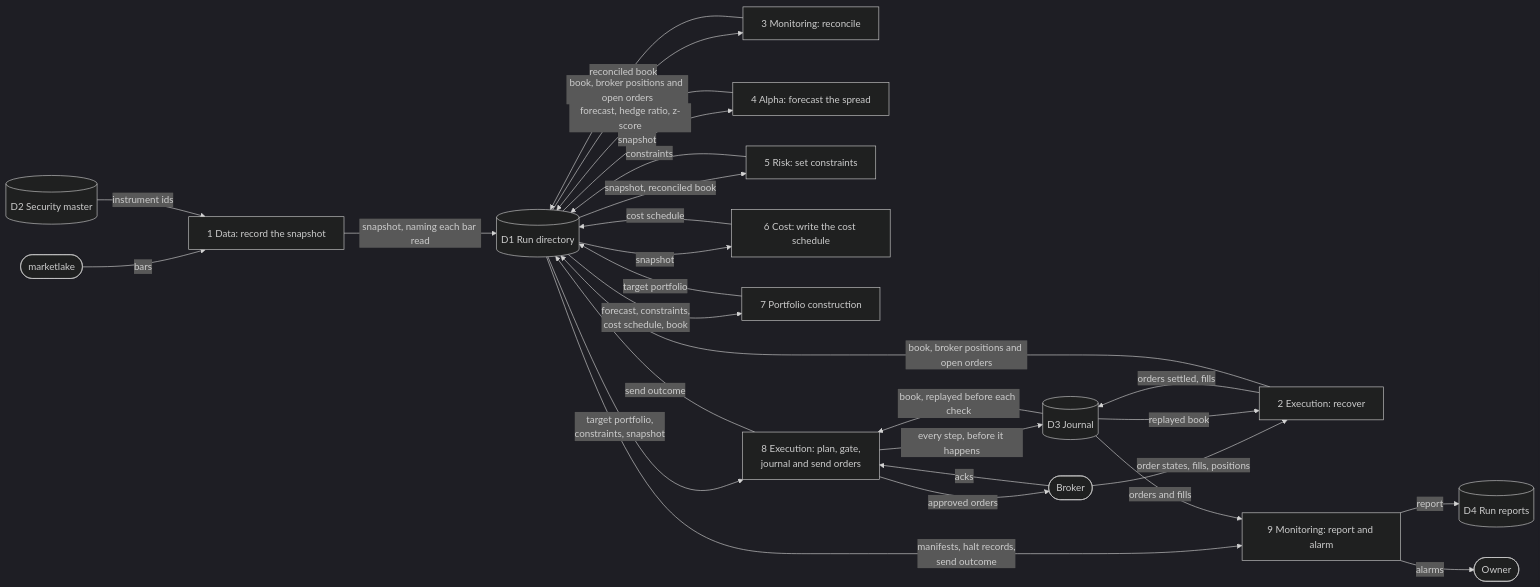
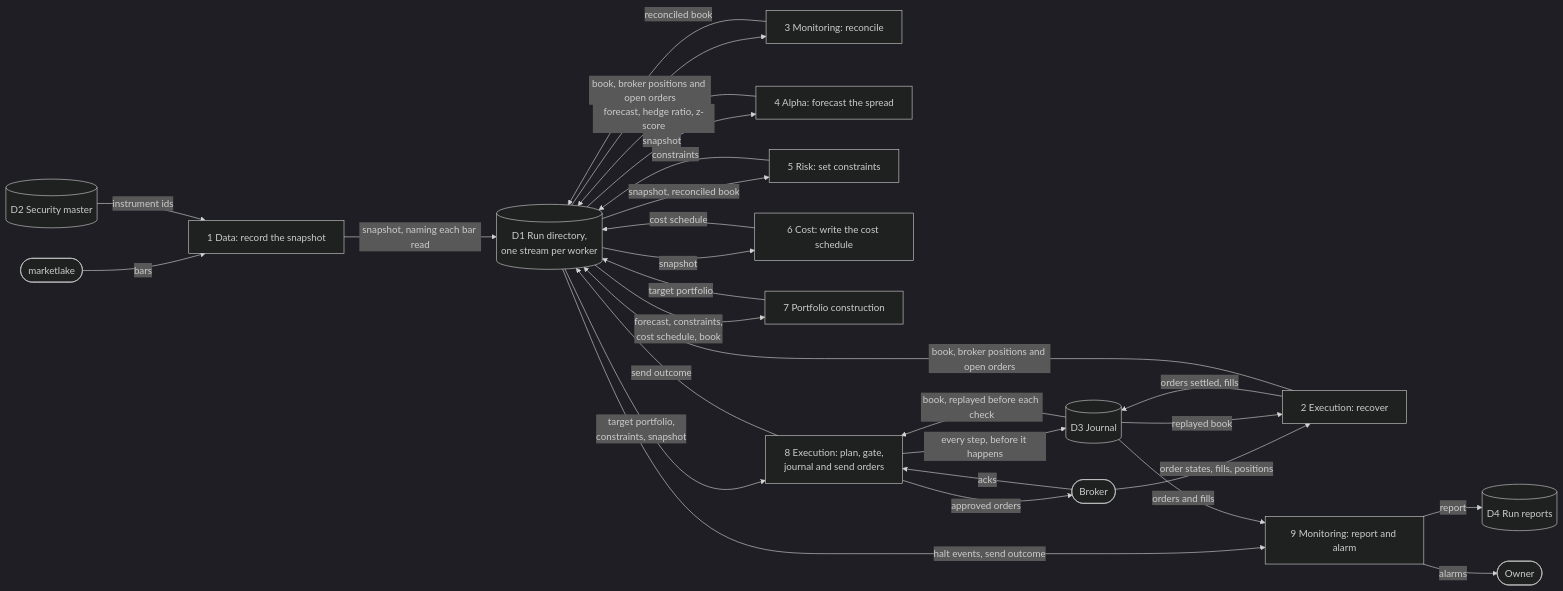
The third of 16 diagrams in docs/architecture.md (l3a0/ithildin-runtime), drawn with Mermaid (dark theme) before and after one commit. The commit also changed other lines of this file and 2 other files, not shown here.

````diff
--- a/docs/architecture.md
+++ b/docs/architecture.md
@@ -353,49 +365,49 @@
 ```mermaid
 flowchart LR
     vendor(["marketlake"])
     brokerx(["Broker"])
     ownerx(["Owner"])
 
     p1["1 Data: record the snapshot"]
     p2["2 Execution: recover"]
     p3["3 Monitoring: reconcile"]
     p4["4 Alpha: forecast the spread"]
     p5["5 Risk: set constraints"]
     p6["6 Cost: write the cost schedule"]
     p7["7 Portfolio construction"]
     p8["8 Execution: plan, gate,<br/>journal and send orders"]
     p9["9 Monitoring: report and alarm"]
 
-    d1[("D1 Run directory")]
+    d1[("D1 Run directory,<br/>one stream per worker")]
     d2[("D2 Security master")]
     d3[("D3 Journal")]
     d4[("D4 Run reports")]
 
     vendor -->|"bars"| p1
     d2 -->|"instrument ids"| p1
     p1 -->|"snapshot, naming each bar read"| d1
     brokerx -->|"order states, fills, positions"| p2
     p2 -->|"orders settled, fills"| d3
     d3 -->|"replayed book"| p2
     p2 -->|"book, broker positions and open orders"| d1
     d1 -->|"book, broker positions and open orders"| p3
     p3 -->|"reconciled book"| d1
     d1 -->|"snapshot"| p4
     p4 -->|"forecast, hedge ratio, z-score"| d1
     d1 -->|"snapshot, reconciled book"| p5
     p5 -->|"constraints"| d1
     d1 -->|"snapshot"| p6
     p6 -->|"cost schedule"| d1
     d1 -->|"forecast, constraints,<br/>cost schedule, book"| p7
     p7 -->|"target portfolio"| d1
     d1 -->|"target portfolio,<br/>constraints, snapshot"| p8
     d3 -->|"book, replayed before each check"| p8
     p8 -->|"every step, before it happens"| d3
     p8 -->|"approved orders"| brokerx
     brokerx -->|"acks"| p8
     p8 -->|"send outcome"| d1
-    d1 -->|"manifests, halt records,<br/>send outcome"| p9
+    d1 -->|"halt events, send outcome"| p9
     d3 -->|"orders and fills"| p9
     p9 -->|"report"| d4
     p9 -->|"alarms"| ownerx
 ```
````
